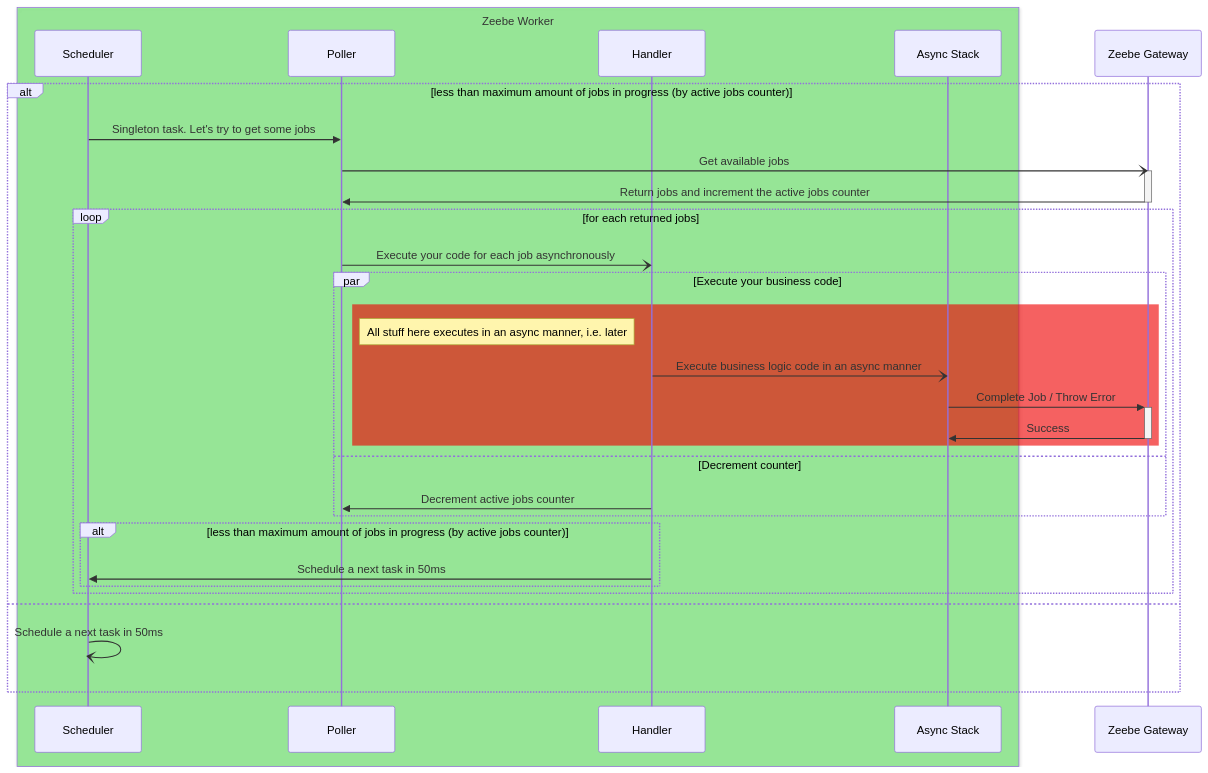
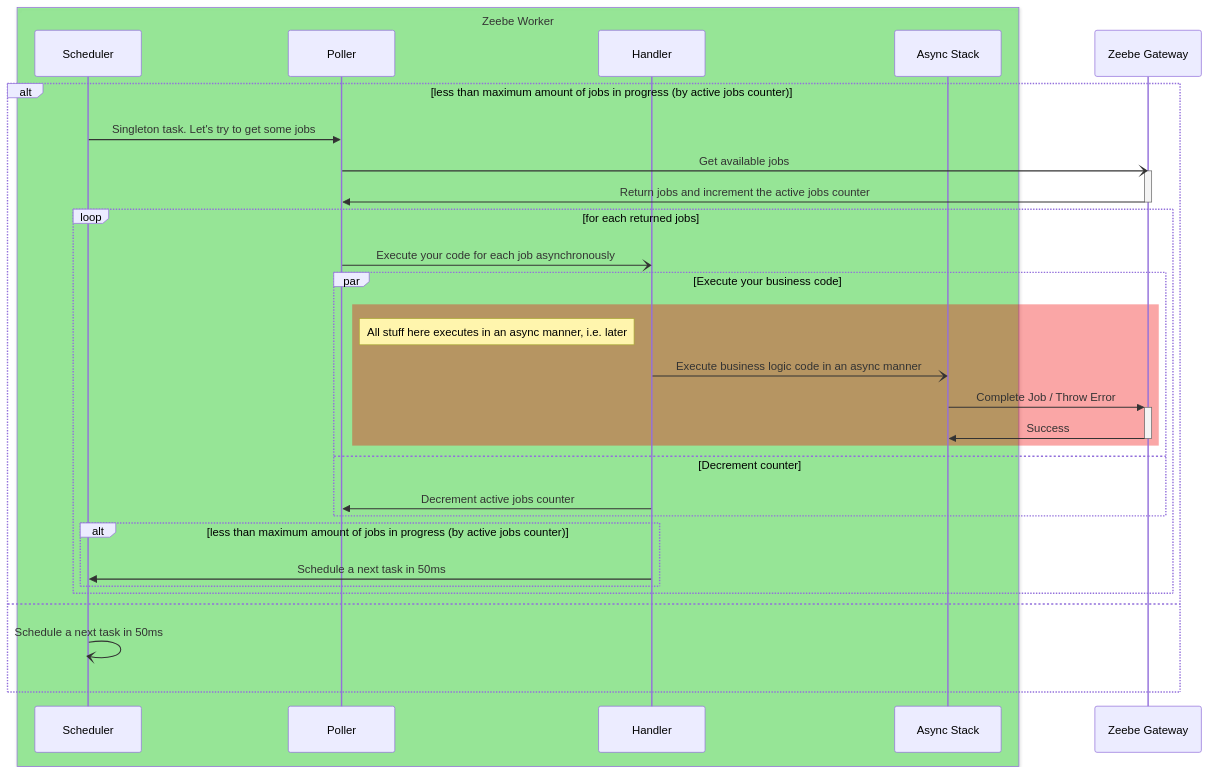
The second of 2 diagrams in pages/optimizations/workers/main.md (aivinog1/camunda-chapter-almaty-june-2023-scalability-zeebe-speech), drawn with Mermaid before and after one commit. The commit also changed other lines of this file, not shown here.

````diff
--- a/pages/optimizations/workers/main.md
+++ b/pages/optimizations/workers/main.md
@@ -129,36 +129,36 @@
 ```mermaid
 sequenceDiagram
     box rgba(0, 227, 0, 0.35) Zeebe Worker
         participant Scheduler
         participant Poller
         participant Handler
         participant Async Stack
     end    
     participant Zeebe Gateway
 
     alt less than maximum amount of jobs in progress (by active jobs counter)
         Scheduler->>Poller: Singleton task. Let's try to get some jobs
         Poller-)Zeebe Gateway: Get available jobs
         activate Zeebe Gateway
         Zeebe Gateway->>Poller: Return jobs and increment the active jobs counter
         deactivate Zeebe Gateway
         loop for each returned jobs 
             Poller-)Handler: Execute your code for each job asynchronously
             par Execute your business code
-                rect rgba(239, 0, 0, 0.62)
+                rect rgba(239, 0, 0, 0.35)
                     Note left of Handler: All stuff here executes in an async manner, i.e. later
                     Handler-)Async Stack: Execute business logic code in an async manner
                     Async Stack->>+Zeebe Gateway: Complete Job / Throw Error
                     Zeebe Gateway->>-Async Stack: Success
                 end
             and Decrement counter
                 Handler->>Poller: Decrement active jobs counter
             end
             alt less than maximum amount of jobs in progress (by active jobs counter) 
                 Handler->>Scheduler: Schedule a next task in 50ms
             end
         end
     else
         Scheduler-)Scheduler: Schedule a next task in 50ms
     end
 ```
````
